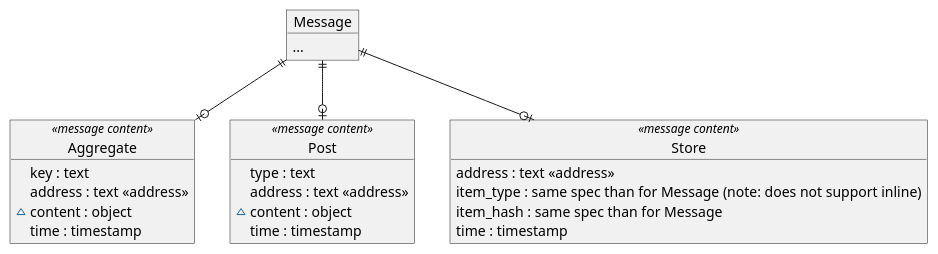
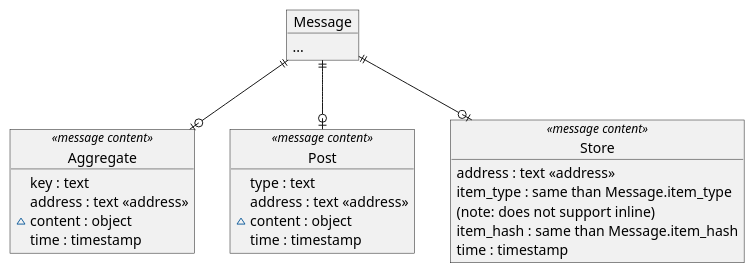
The second of 2 diagrams in docs/content/introduction.rst (aleph-im/aleph-client), drawn with PlantUML before and after one commit.

```diff
--- a/docs/content/introduction.rst
+++ b/docs/content/introduction.rst
@@ -59,33 +59,34 @@
 .. uml:: 
    
    @startuml
     object Message {
         ...
     }
 
     object Aggregate <<message content>> {
         key : text
         address : text <<address>>
         ~ content : object
         time : timestamp
     }
 
     object Post <<message content>> {
         type : text
         address : text <<address>>
         ~ content : object
         time : timestamp
     }
 
     object Store <<message content>> {
         address : text <<address>>
-        item_type : same spec than for Message (note: does not support inline)
-        item_hash : same spec than for Message
+        item_type : same than Message.item_type
+                    (note: does not support inline)
+        item_hash : same than Message.item_hash
         time : timestamp
     }
 
 
     Message ||--o| Aggregate
     Message ||--o| Post
     Message ||--o| Store
    @enduml
```
